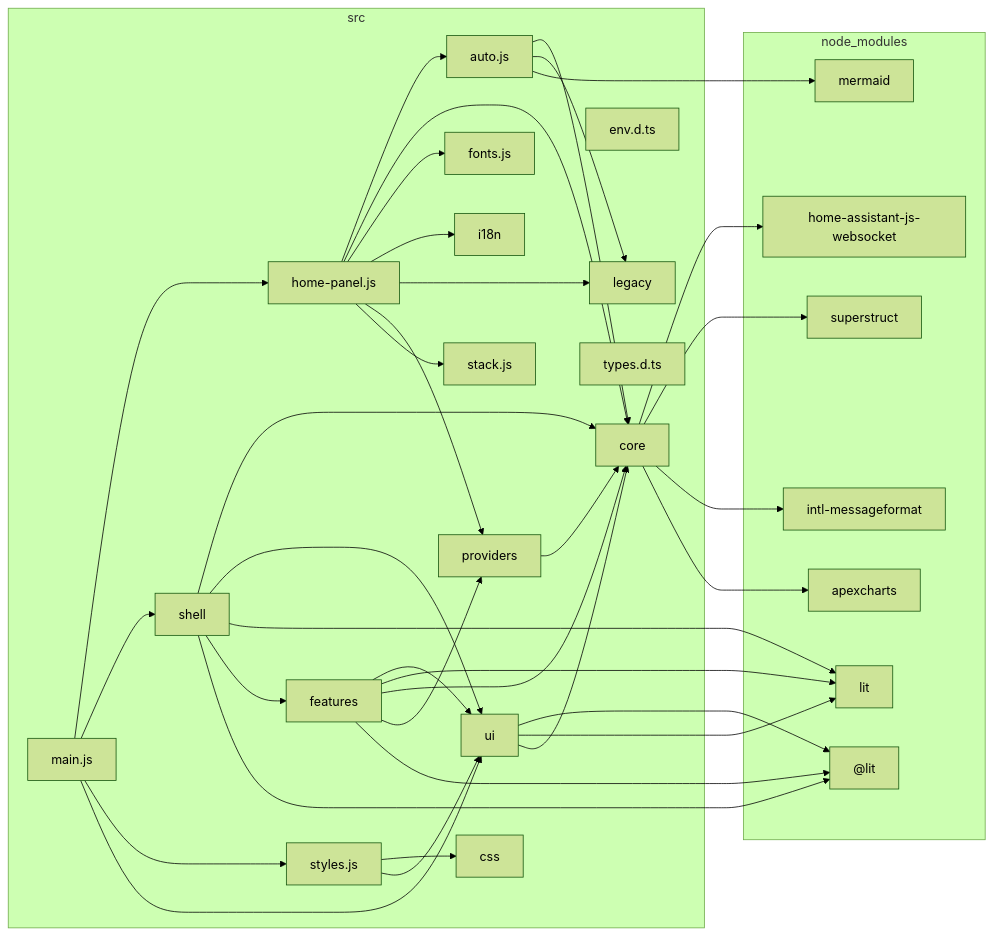
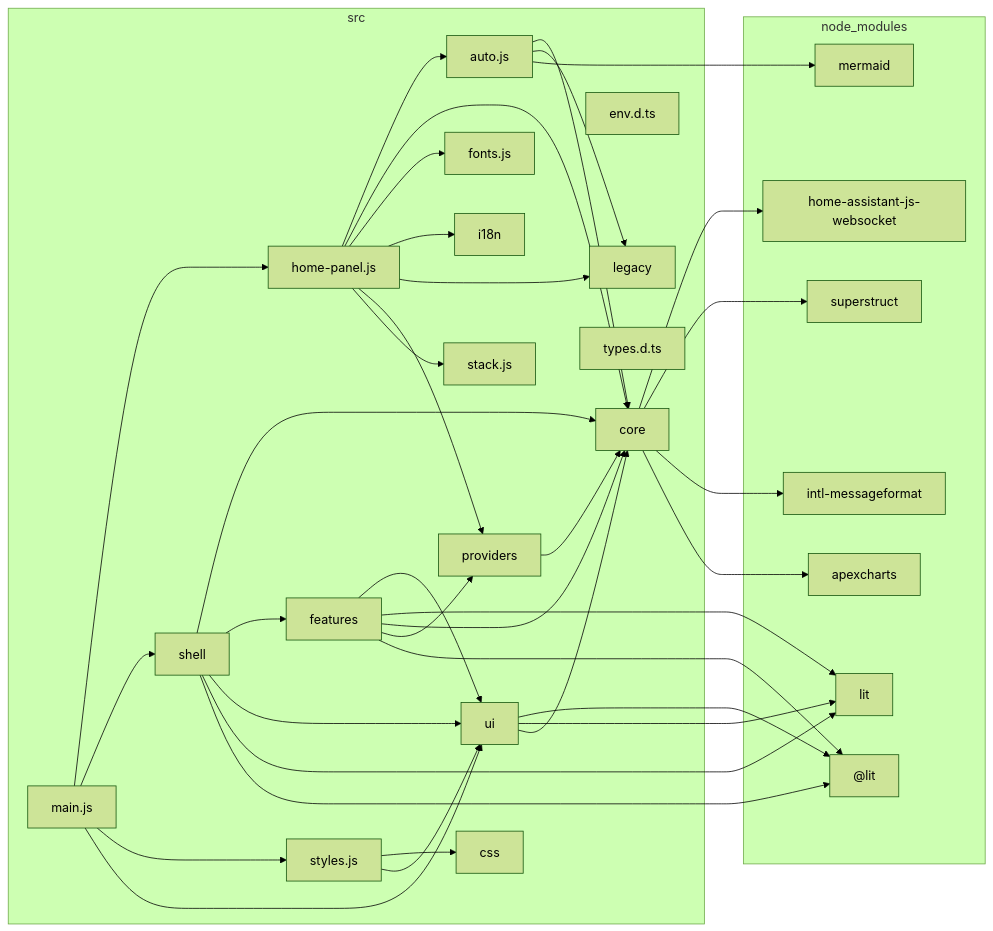
One commit to pldelisle/ha-home-panel changed the diagram in docs/architecture/dependency-graph.md. Above: the diagram before and after it, drawn with Mermaid (forest theme). The commit also changed other lines of this file, not shown here.

Commit message:
Review fixes for #244: the dependency graph regenerated after the guest imports Climate's event type

````diff
--- a/docs/architecture/dependency-graph.md
+++ b/docs/architecture/dependency-graph.md
@@ -5,65 +5,65 @@
 ```mermaid
 flowchart LR
 
 subgraph 0["node_modules"]
 1["@lit"]
 2["apexcharts"]
 3["home-assistant-js-websocket"]
 4["intl-messageformat"]
 5["lit"]
 6["mermaid"]
 7["superstruct"]
 end
 subgraph 8["src"]
 9["auto.js"]
 A["core"]
 B["css"]
 C["env.d.ts"]
 D["features"]
 E["fonts.js"]
 F["home-panel.js"]
 G["i18n"]
 H["legacy"]
 I["main.js"]
 J["providers"]
 K["shell"]
 L["stack.js"]
 M["styles.js"]
 N["types.d.ts"]
 O["ui"]
 end
 9-->A
 9-->H
 9-->6
 A-->3
 A-->7
 A-->4
 A-->2
 D-->O
 D-->5
 D-->A
 D-->J
 D-->1
 F-->9
 F-->A
 F-->E
 F-->G
 F-->H
 F-->J
 F-->L
 I-->F
 I-->K
 I-->M
 I-->O
 J-->A
 K-->A
+K-->D
 K-->O
 K-->5
-K-->D
 K-->1
 M-->B
 M-->O
 O-->1
 O-->5
 O-->A
 ```
````
